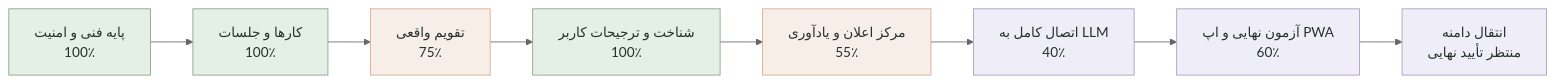
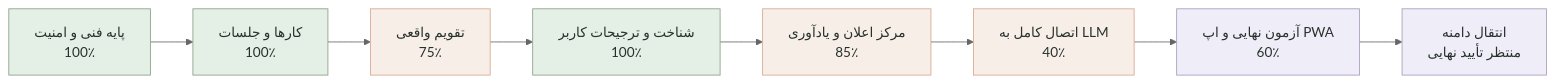
Before and after one commit to tparkhondeh/personalAgent: the diagram in PROJECT_STATUS.md, drawn with Mermaid (neutral theme). The commit also changed other lines of this file and 7 other files, not shown here.

````diff
--- a/PROJECT_STATUS.md
+++ b/PROJECT_STATUS.md
@@ -15,17 +15,17 @@
 ```mermaid
 flowchart LR
     A[پایه فنی و امنیت<br/>100٪] --> B[کارها و جلسات<br/>100٪]
     B --> C[تقویم واقعی<br/>75٪]
     C --> D[شناخت و ترجیحات کاربر<br/>100٪]
-    D --> E[مرکز اعلان و یادآوری<br/>55٪]
+    D --> E[مرکز اعلان و یادآوری<br/>85٪]
     E --> F[اتصال کامل به LLM<br/>40٪]
     F --> G[آزمون نهایی و اپ PWA<br/>60٪]
     G --> H[انتقال دامنه<br/>منتظر تأیید نهایی]
 
     classDef done fill:#e4f0e5,stroke:#8ca088,color:#26312c;
     classDef active fill:#f8eee8,stroke:#d7a98f,color:#26312c;
     classDef pending fill:#efedf7,stroke:#aa9dbc,color:#26312c;
     class A,B,D done;
-    class C,E active;
-    class F,G,H pending;
+    class C,E,F active;
+    class G,H pending;
 ```
````
